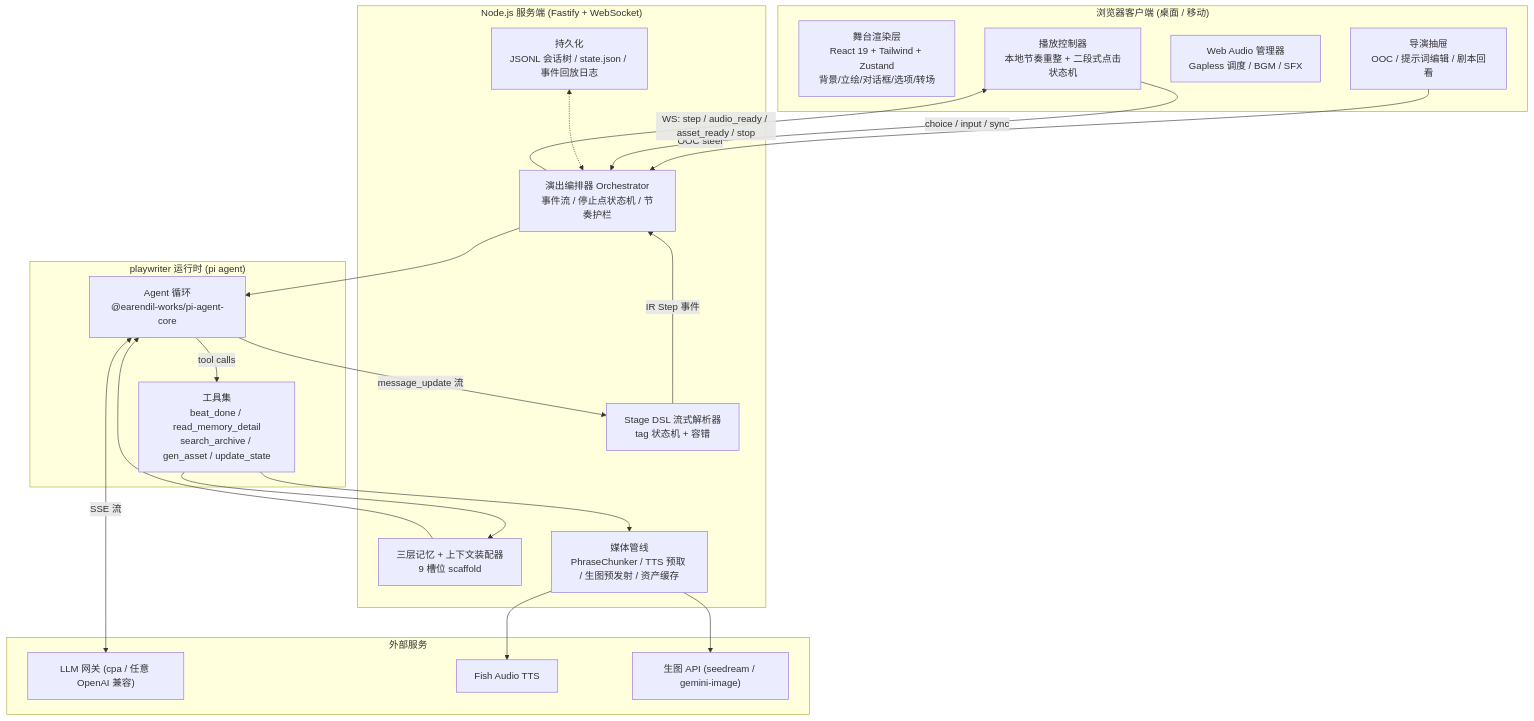
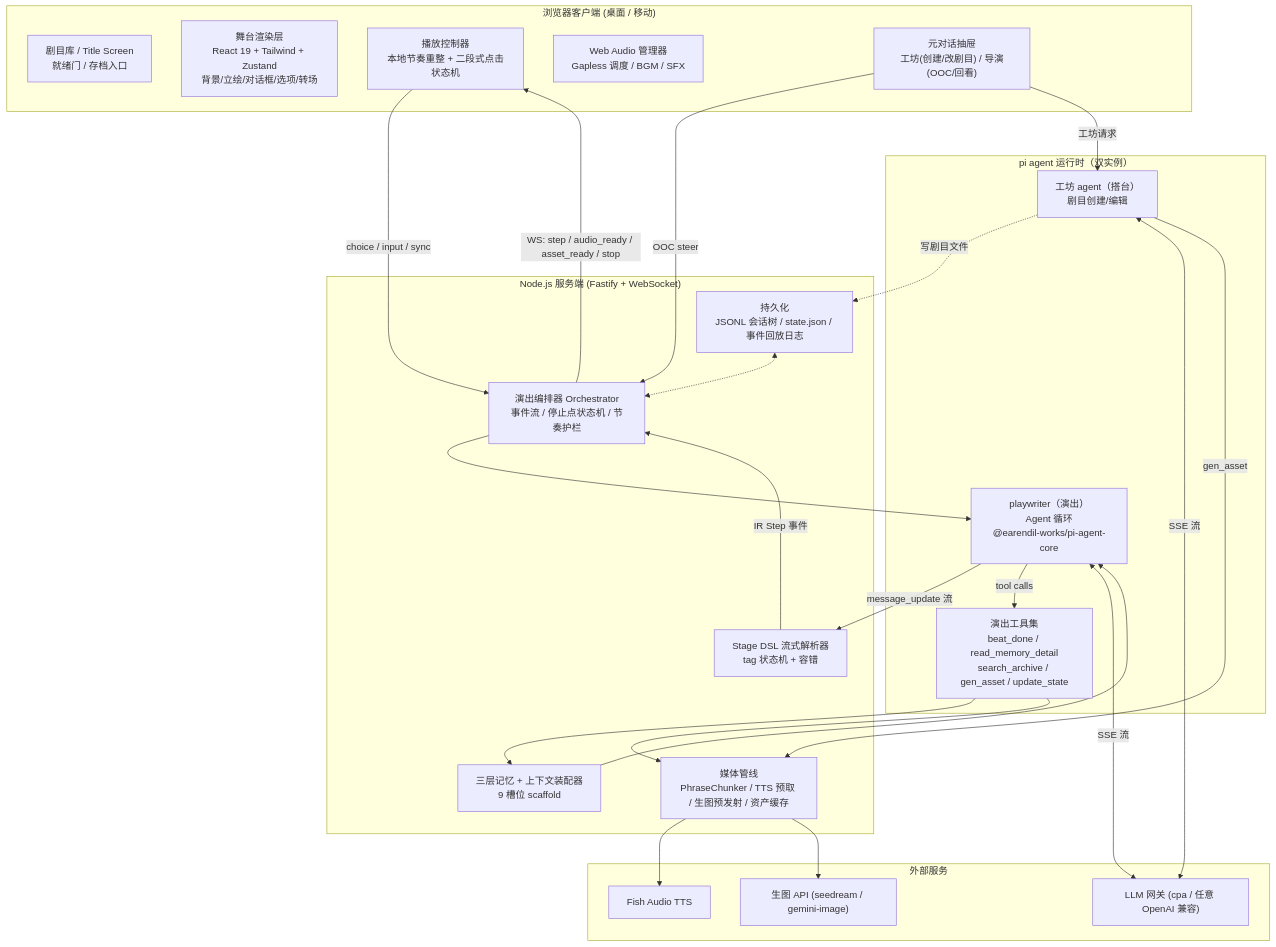
Before and after one commit to john-walks-slow/aivn: the first of 2 diagrams in docs/features/260928-stage-ai-mvp/260928-stage-ai-mvp.plan.md, drawn with Mermaid. The commit also changed other lines of this file, not shown here.

````diff
--- a/docs/features/260928-stage-ai-mvp/260928-stage-ai-mvp.plan.md
+++ b/docs/features/260928-stage-ai-mvp/260928-stage-ai-mvp.plan.md
@@ -84,43 +98,49 @@
 ```mermaid
 flowchart TD
     subgraph Client["浏览器客户端 (桌面 / 移动)"]
+        Lib["剧目库 / Title Screen<br/>就绪门 / 存档入口"]
         UI["舞台渲染层<br/>React 19 + Tailwind + Zustand<br/>背景/立绘/对话框/选项/转场"]
         Pace["播放控制器<br/>本地节奏重整 + 二段式点击状态机"]
         Audio["Web Audio 管理器<br/>Gapless 调度 / BGM / SFX"]
-        Drawer["导演抽屉<br/>OOC / 提示词编辑 / 剧本回看"]
+        Drawer["元对话抽屉<br/>工坊(创建/改剧目) / 导演(OOC/回看)"]
     end
 
     subgraph Server["Node.js 服务端 (Fastify + WebSocket)"]
         Orch["演出编排器 Orchestrator<br/>事件流 / 停止点状态机 / 节奏护栏"]
         Parser["Stage DSL 流式解析器<br/>tag 状态机 + 容错"]
         MemDir["三层记忆 + 上下文装配器<br/>9 槽位 scaffold"]
         MediaPipe["媒体管线<br/>PhraseChunker / TTS 预取 / 生图预发射 / 资产缓存"]
         Store["持久化<br/>JSONL 会话树 / state.json / 事件回放日志"]
     end
 
-    subgraph PW["playwriter 运行时 (pi agent)"]
-        Agent["Agent 循环<br/>@earendil-works/pi-agent-core"]
-        Tools["工具集<br/>beat_done / read_memory_detail<br/>search_archive / gen_asset / update_state"]
+    subgraph PW["pi agent 运行时（双实例）"]
+        Agent["playwriter（演出）<br/>Agent 循环<br/>@earendil-works/pi-agent-core"]
+        Tools["演出工具集<br/>beat_done / read_memory_detail<br/>search_archive / gen_asset / update_state"]
+        Workshop["工坊 agent（搭台）<br/>剧目创建/编辑"]
     end
 
     subgraph Ext["外部服务"]
         LLM["LLM 网关 (cpa / 任意 OpenAI 兼容)"]
         TTS["Fish Audio TTS"]
         IMG["生图 API (seedream / gemini-image)"]
     end
 
     Drawer -->|OOC steer| Orch
+    Drawer -->|工坊请求| Workshop
+    Workshop -.->|写剧目文件| Store
+    Workshop <-->|SSE 流| LLM
+    Workshop -->|gen_asset| MediaPipe
     Pace -->|choice / input / sync| Orch
     Orch --> Agent
     Agent -->|message_update 流| Parser
     Agent -->|tool calls| Tools
     Tools --> MemDir
     Tools --> MediaPipe
     MemDir --> Agent
     Parser -->|IR Step 事件| Orch
     Orch -->|WS: step / audio_ready / asset_ready / stop| Pace
     MediaPipe --> TTS
     MediaPipe --> IMG
     Agent <-->|SSE 流| LLM
     Store <-.-> Orch
 ```
````
